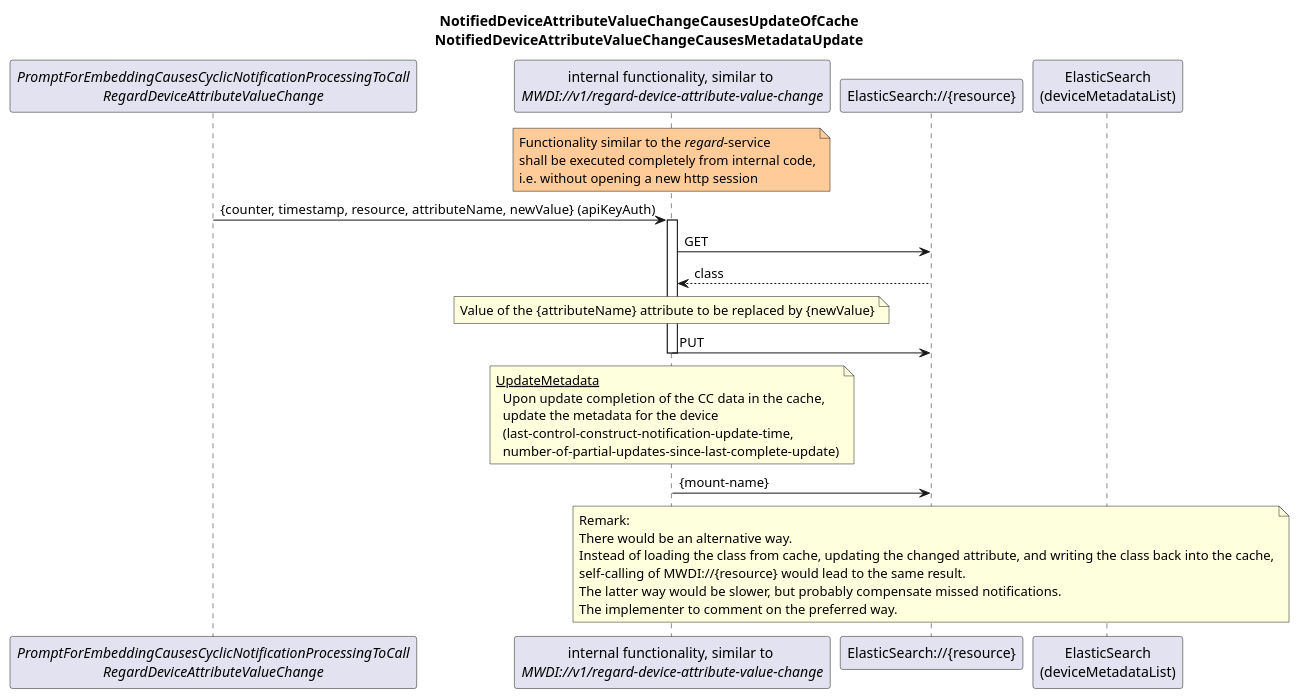
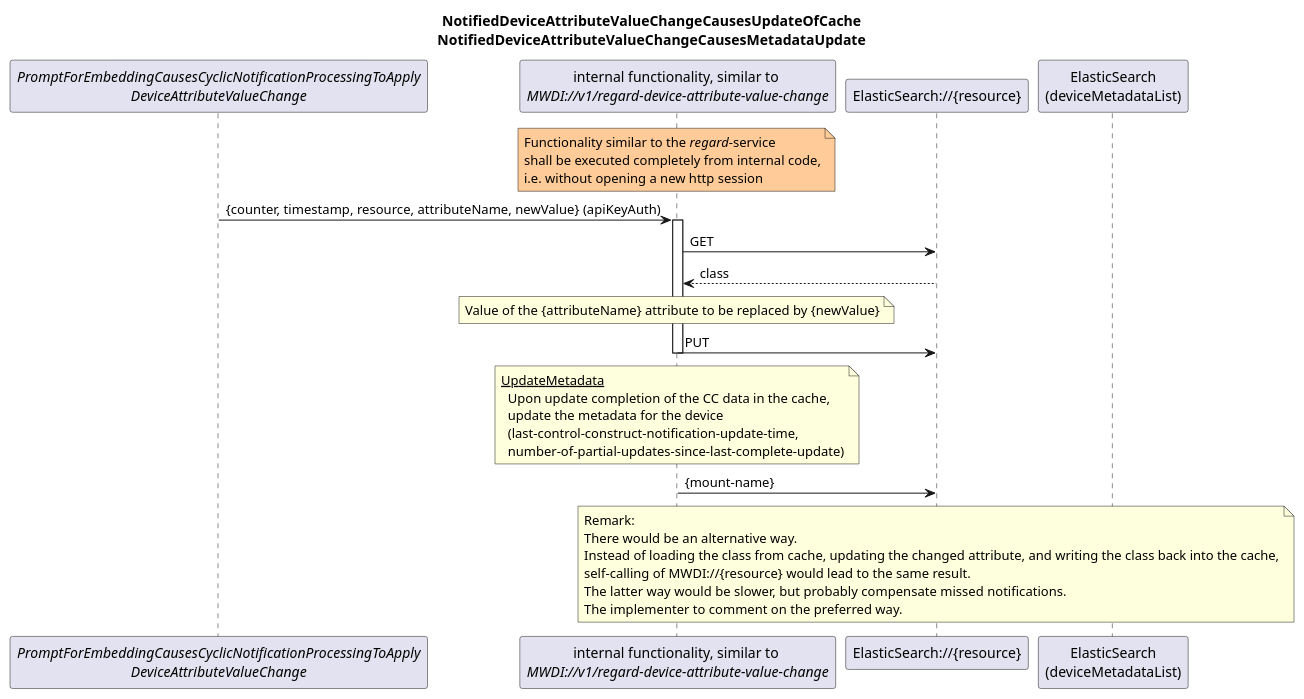
The diagram in spec/diagrams/023_NotificationBasedAttributeUpdate.plantuml (openBackhaul/MicroWaveDeviceInventory), drawn with PlantUML before and after one commit. The commit also changed 11 other files, not shown here.

Commit message:
Update forwardingNames in diagrams

```diff
--- a/spec/diagrams/023_NotificationBasedAttributeUpdate.plantuml
+++ b/spec/diagrams/023_NotificationBasedAttributeUpdate.plantuml
@@ -1,52 +1,52 @@
 @startuml 023_NotificationBasedAttributeUpdate
 skinparam responseMessageBelowArrow true
 
 title 
   NotifiedDeviceAttributeValueChangeCausesUpdateOfCache
   NotifiedDeviceAttributeValueChangeCausesMetadataUpdate
 end title
 
-participant "<i>PromptForEmbeddingCausesCyclicNotificationProcessingToCall</i>\n<i>RegardDeviceAttributeValueChange</i>" as init
+participant "<i>PromptForEmbeddingCausesCyclicNotificationProcessingToApply</i>\n<i>DeviceAttributeValueChange</i>" as init
 participant "internal functionality, similar to \n<i>MWDI://v1/regard-device-attribute-value-change</i>" as regardAttributeChange
 participant "ElasticSearch://{resource}" as es
 participant "ElasticSearch\n(deviceMetadataList)" as mtab
 
 note over regardAttributeChange #ffcc99
   Functionality similar to the <i>regard</i>-service
   shall be executed completely from internal code,
   i.e. without opening a new http session
 end note
 
 init -> regardAttributeChange: {counter, timestamp, resource, attributeName, newValue} (apiKeyAuth)
 activate regardAttributeChange
 
 regardAttributeChange -> es: GET
 es --> regardAttributeChange: class
 
 note over regardAttributeChange
 Value of the {attributeName} attribute to be replaced by {newValue}
 end note
 
 regardAttributeChange -> es: PUT
 deactivate regardAttributeChange
 
 note over regardAttributeChange
   <u>UpdateMetadata</u>
     Upon update completion of the CC data in the cache,
     update the metadata for the device
     (last-control-construct-notification-update-time,
     number-of-partial-updates-since-last-complete-update)
 end note
 regardAttributeChange -> es: {mount-name}
 
 
 note over es
 Remark: 
 There would be an alternative way.
 Instead of loading the class from cache, updating the changed attribute, and writing the class back into the cache,
 self-calling of MWDI://{resource} would lead to the same result.
 The latter way would be slower, but probably compensate missed notifications.
 The implementer to comment on the preferred way.
 end note
 
 @enduml
```
